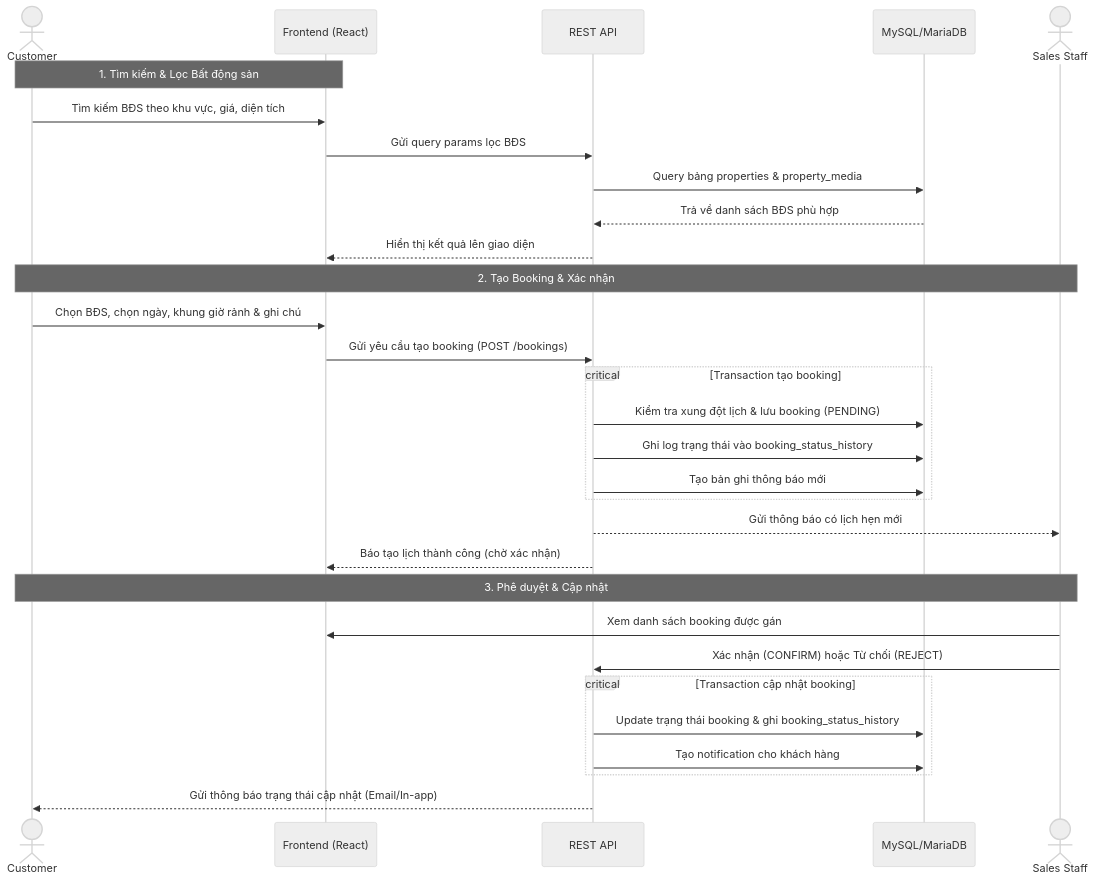
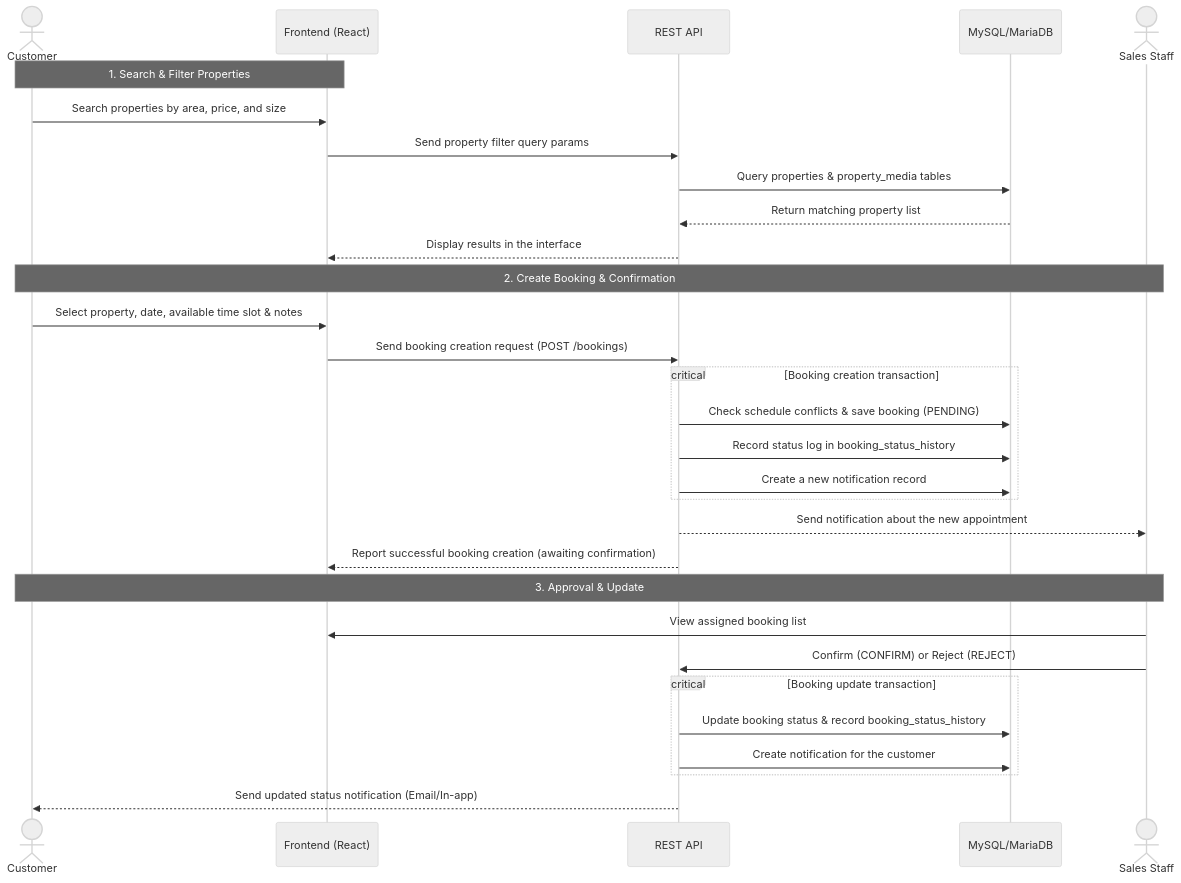
One commit to Datthachban12345/day1_tts changed the sixth of 7 diagrams in docs/architecture-arc42.md. Above: the diagram before and after it, drawn with Mermaid (neutral theme). The commit also changed other lines of this file and 1 other file, not shown here.

````diff
--- a/docs/architecture-arc42.md
+++ b/docs/architecture-arc42.md
@@ -225,35 +225,35 @@
 ```mermaid
 sequenceDiagram
     actor C as Customer
     participant UI as Frontend (React)
     participant API as REST API
     participant DB as MySQL/MariaDB
     actor S as Sales Staff
 
-    Note over C,UI: 1. Tìm kiếm & Lọc Bất động sản
-    C->>UI: Tìm kiếm BĐS theo khu vực, giá, diện tích
-    UI->>API: Gửi query params lọc BĐS
-    API->>DB: Query bảng properties & property_media
-    DB-->>API: Trả về danh sách BĐS phù hợp
-    API-->>UI: Hiển thị kết quả lên giao diện
+    Note over C,UI: 1. Search & Filter Properties
+    C->>UI: Search properties by area, price, and size
+    UI->>API: Send property filter query params
+    API->>DB: Query properties & property_media tables
+    DB-->>API: Return matching property list
+    API-->>UI: Display results in the interface
 
-    Note over C,S: 2. Tạo Booking & Xác nhận
-    C->>UI: Chọn BĐS, chọn ngày, khung giờ rảnh & ghi chú
-    UI->>API: Gửi yêu cầu tạo booking (POST /bookings)
-    critical Transaction tạo booking
-        API->>DB: Kiểm tra xung đột lịch & lưu booking (PENDING)
-        API->>DB: Ghi log trạng thái vào booking_status_history
-        API->>DB: Tạo bản ghi thông báo mới
+    Note over C,S: 2. Create Booking & Confirmation
+    C->>UI: Select property, date, available time slot & notes
+    UI->>API: Send booking creation request (POST /bookings)
+    critical Booking creation transaction
+        API->>DB: Check schedule conflicts & save booking (PENDING)
+        API->>DB: Record status log in booking_status_history
+        API->>DB: Create a new notification record
     end
-    API-->>S: Gửi thông báo có lịch hẹn mới
-    API-->>UI: Báo tạo lịch thành công (chờ xác nhận)
+    API-->>S: Send notification about the new appointment
+    API-->>UI: Report successful booking creation (awaiting confirmation)
 
-    Note over S,C: 3. Phê duyệt & Cập nhật
-    S->>UI: Xem danh sách booking được gán
-    S->>API: Xác nhận (CONFIRM) hoặc Từ chối (REJECT)
-    critical Transaction cập nhật booking
-        API->>DB: Update trạng thái booking & ghi booking_status_history
-        API->>DB: Tạo notification cho khách hàng
+    Note over S,C: 3. Approval & Update
+    S->>UI: View assigned booking list
+    S->>API: Confirm (CONFIRM) or Reject (REJECT)
+    critical Booking update transaction
+        API->>DB: Update booking status & record booking_status_history
+        API->>DB: Create notification for the customer
     end
-    API-->>C: Gửi thông báo trạng thái cập nhật (Email/In-app)
+    API-->>C: Send updated status notification (Email/In-app)
 ```
````
